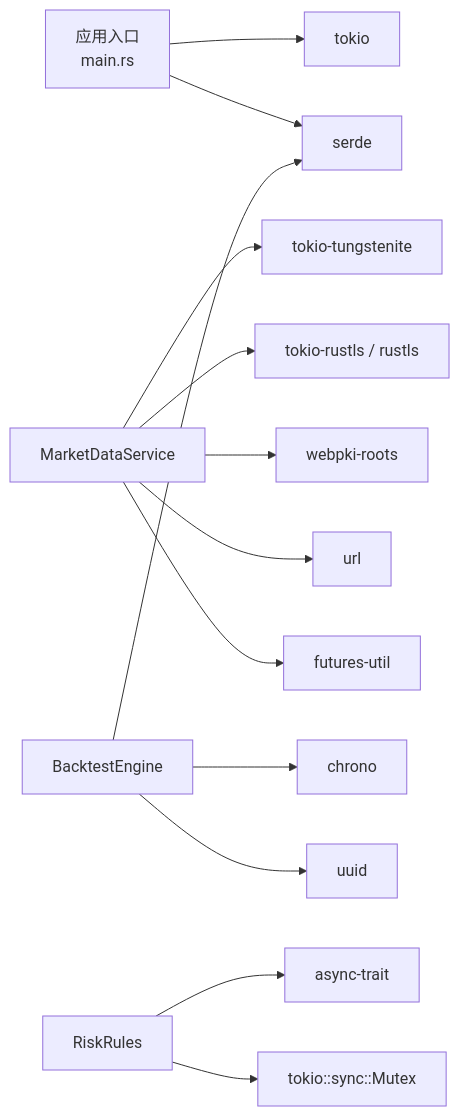
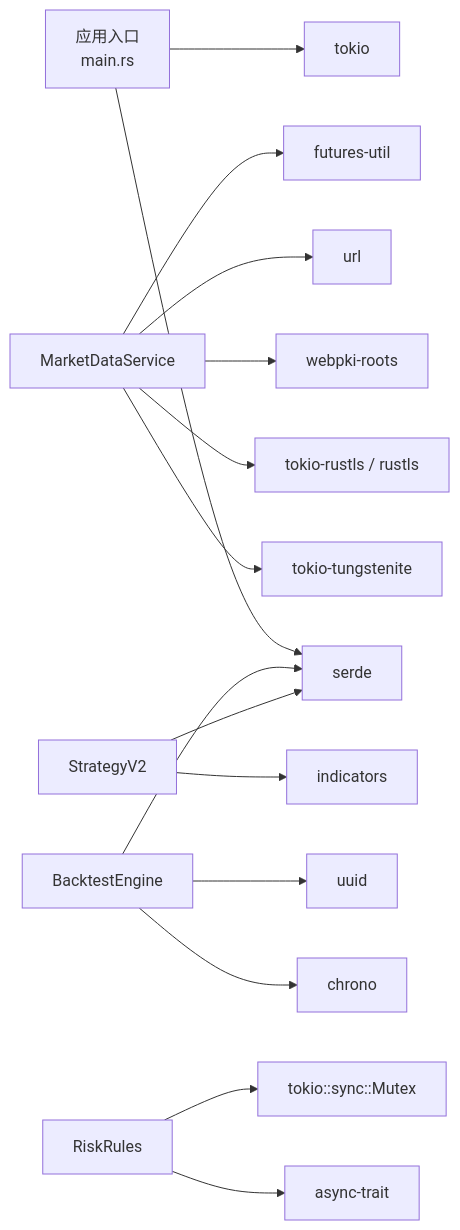
Before and after one commit to Heres1/binanceWebsocket: the sixth of 6 diagrams in .qoder/repowiki/zh/content/部署运维/部署配置.md, drawn with Mermaid. The commit also changed other lines of this file and 10 other files, not shown here.

````diff
--- a/.qoder/repowiki/zh/content/部署运维/部署配置.md
+++ b/.qoder/repowiki/zh/content/部署运维/部署配置.md
@@ -358,15 +422,17 @@
 ```mermaid
 graph LR
 App["应用入口<br/>main.rs"] --> Tokio["tokio"]
 App --> Serde["serde"]
 MDS["MarketDataService"] --> Tungstenite["tokio-tungstenite"]
 MDS --> Rustls["tokio-rustls / rustls"]
 MDS --> Webpki["webpki-roots"]
 MDS --> Url["url"]
 MDS --> Futures["futures-util"]
 BT["BacktestEngine"] --> Serde
 BT --> Chrono["chrono"]
 BT --> UUID["uuid"]
+BT_V2["StrategyV2"] --> Serde
+BT_V2 --> Indicators["indicators"]
 Risk["RiskRules"] --> AsyncTrait["async-trait"]
 Risk --> Mutex["tokio::sync::Mutex"]
 ```
````
